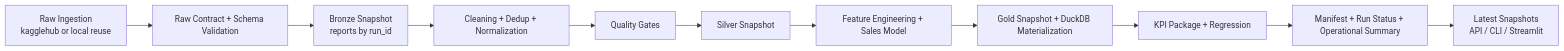
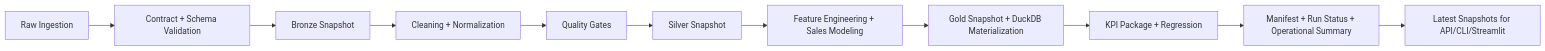
One commit to samuelmaia-analytics/amazon-sales-analysis changed the diagram in README.md. Above: the diagram before and after it, drawn with Mermaid. The commit also changed other lines of this file and 13 other files, not shown here.

````diff
--- a/README.md
+++ b/README.md
@@ -147,13 +27,13 @@
 ```mermaid
 flowchart LR
-    A[Raw Ingestion\nkagglehub or local reuse] --> B[Raw Contract + Schema Validation]
-    B --> C[Bronze Snapshot\nreports by run_id]
-    C --> D[Cleaning + Dedup + Normalization]
+    A[Raw Ingestion] --> B[Contract + Schema Validation]
+    B --> C[Bronze Snapshot]
+    C --> D[Cleaning + Normalization]
     D --> E[Quality Gates]
     E --> F[Silver Snapshot]
-    F --> G[Feature Engineering + Sales Model]
+    F --> G[Feature Engineering + Sales Modeling]
     G --> H[Gold Snapshot + DuckDB Materialization]
     H --> I[KPI Package + Regression]
     I --> J[Manifest + Run Status + Operational Summary]
-    J --> K[Latest Snapshots\nAPI / CLI / Streamlit]
+    J --> K[Latest Snapshots for API/CLI/Streamlit]
 ```
````
